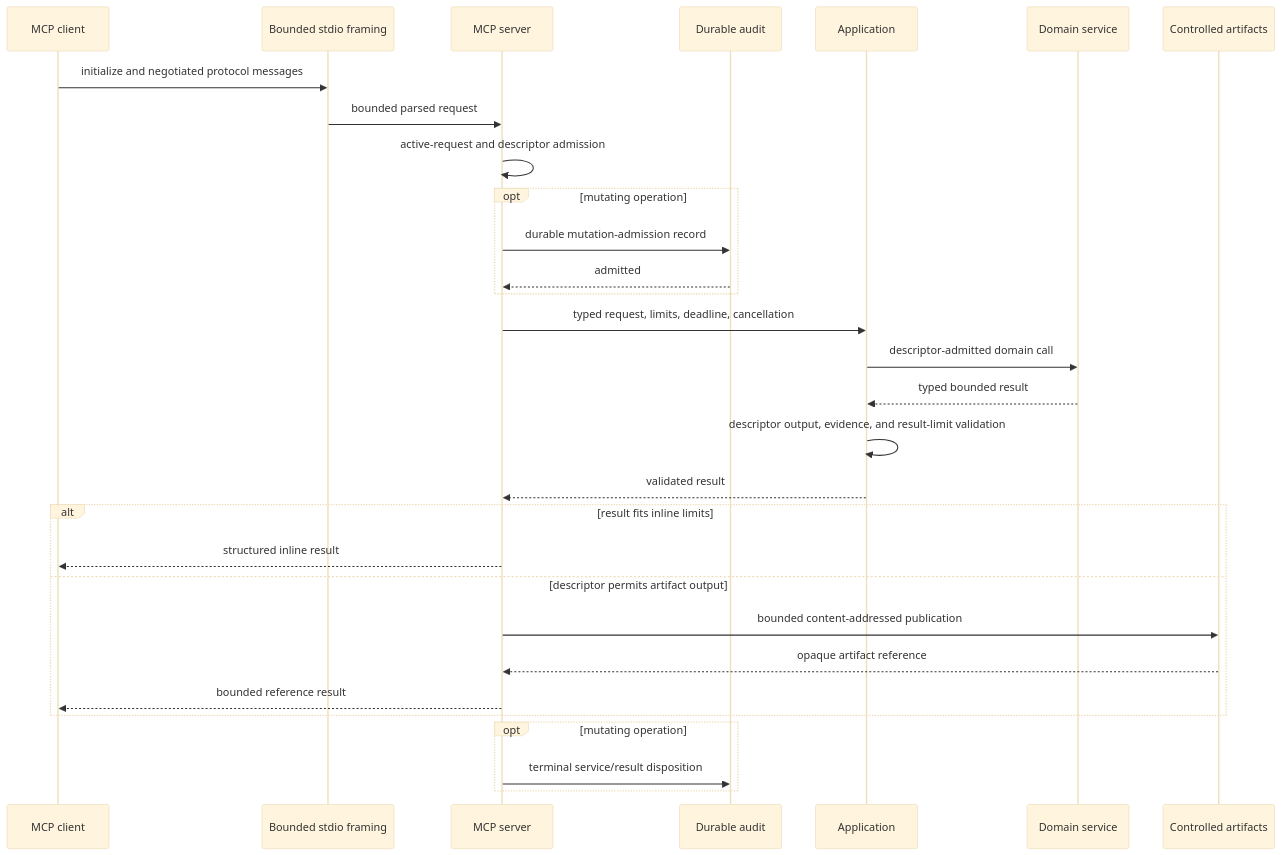
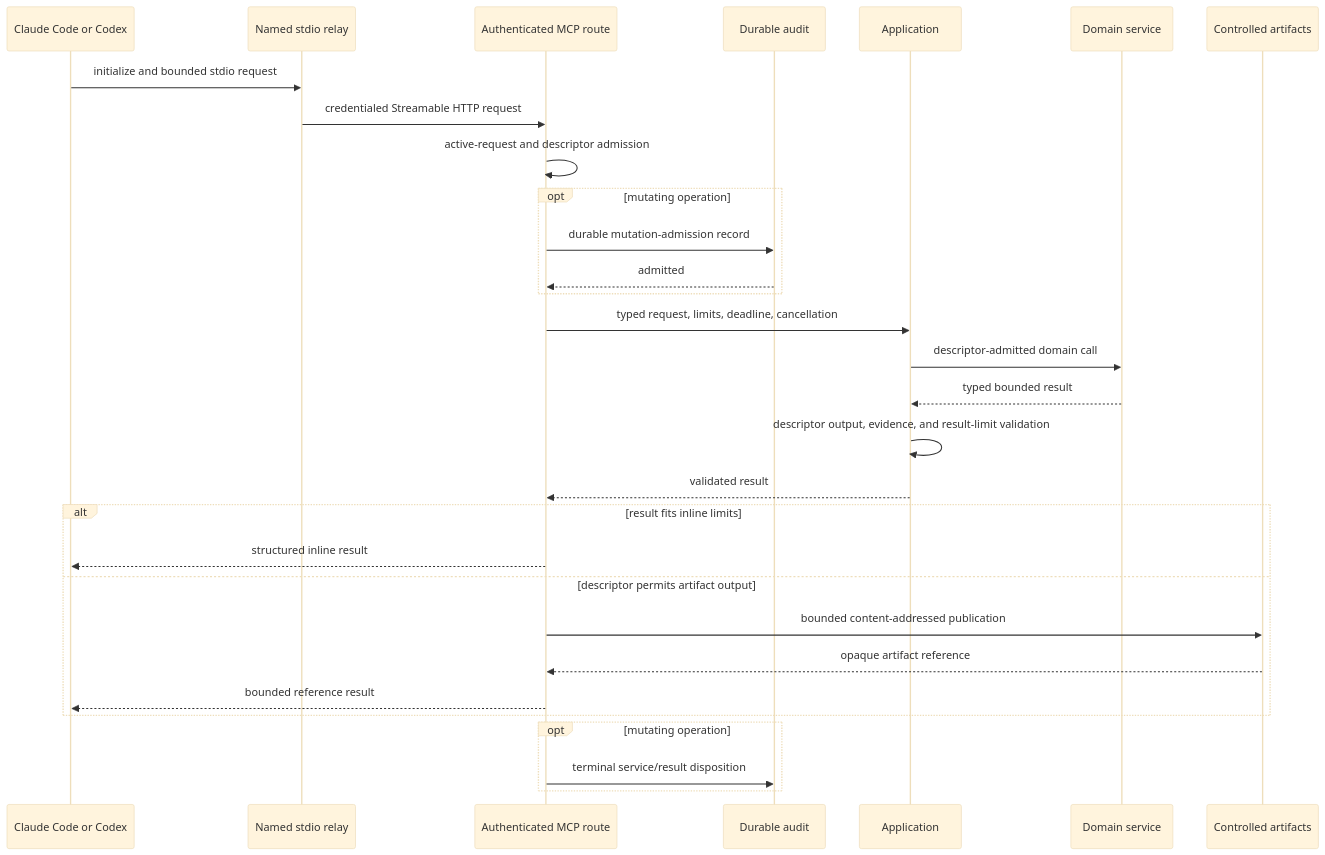
Before and after one commit to Sawmonabo/market-squawk: the second of 3 diagrams in docs/architecture/control-plane.md, drawn with Mermaid (base theme). The commit also changed other lines of this file and 22 other files, not shown here.

````diff
--- a/docs/architecture/control-plane.md
+++ b/docs/architecture/control-plane.md
@@ -187,33 +199,33 @@
 ```mermaid
 sequenceDiagram
-    participant Peer as MCP client
-    participant Framing as Bounded stdio framing
-    participant Server as MCP server
+    participant Peer as Claude Code or Codex
+    participant Relay as Named stdio relay
+    participant Server as Authenticated MCP route
     participant Audit as Durable audit
     participant App as Application
     participant Domain as Domain service
     participant Artifacts as Controlled artifacts
 
-    Peer->>Framing: initialize and negotiated protocol messages
-    Framing->>Server: bounded parsed request
+    Peer->>Relay: initialize and bounded stdio request
+    Relay->>Server: credentialed Streamable HTTP request
     Server->>Server: active-request and descriptor admission
     opt mutating operation
         Server->>Audit: durable mutation-admission record
         Audit-->>Server: admitted
     end
     Server->>App: typed request, limits, deadline, cancellation
     App->>Domain: descriptor-admitted domain call
     Domain-->>App: typed bounded result
     App->>App: descriptor output, evidence, and result-limit validation
     App-->>Server: validated result
     alt result fits inline limits
         Server-->>Peer: structured inline result
     else descriptor permits artifact output
         Server->>Artifacts: bounded content-addressed publication
         Artifacts-->>Server: opaque artifact reference
         Server-->>Peer: bounded reference result
     end
     opt mutating operation
         Server->>Audit: terminal service/result disposition
     end
 ```
````
